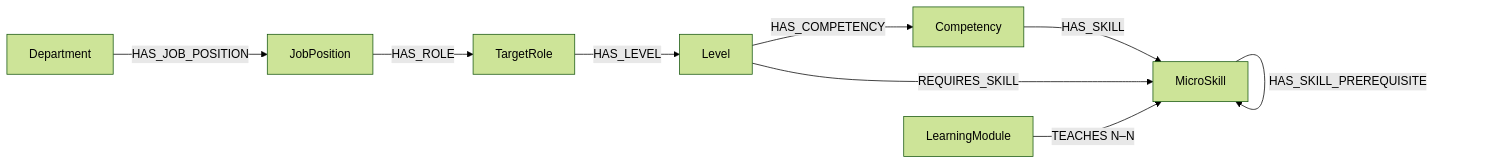
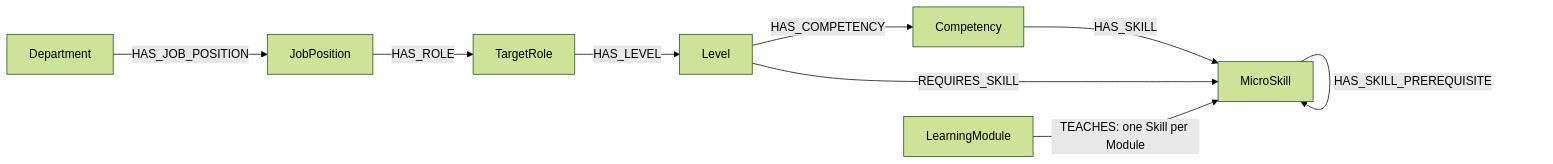
One commit to SEP490-Fall-2026-GFA26SE64/SEP490 changed the second of 2 diagrams in documents/neo4j_schema.md. Above: the diagram before and after it, drawn with Mermaid (forest theme). The commit also changed other lines of this file and 350 other files, not shown here.

````diff
--- a/documents/neo4j_schema.md
+++ b/documents/neo4j_schema.md
@@ -31,21 +54,21 @@
 ```mermaid
 
 flowchart LR
 
  D[Department] -->|HAS_JOB_POSITION| JP[JobPosition]
 
  JP[JobPosition] -->|HAS_ROLE| R[TargetRole]
 
  R -->|HAS_LEVEL| L[Level]
 
  L -->|HAS_COMPETENCY| C[Competency]
 
  C -->|HAS_SKILL| S[MicroSkill]
 
  L -->|REQUIRES_SKILL| S
 
- M[LearningModule] -->|TEACHES N–N| S
+ M[LearningModule] -->|TEACHES: one Skill per Module| S
 
  S -->|HAS_SKILL_PREREQUISITE| S
 
 ```
````
